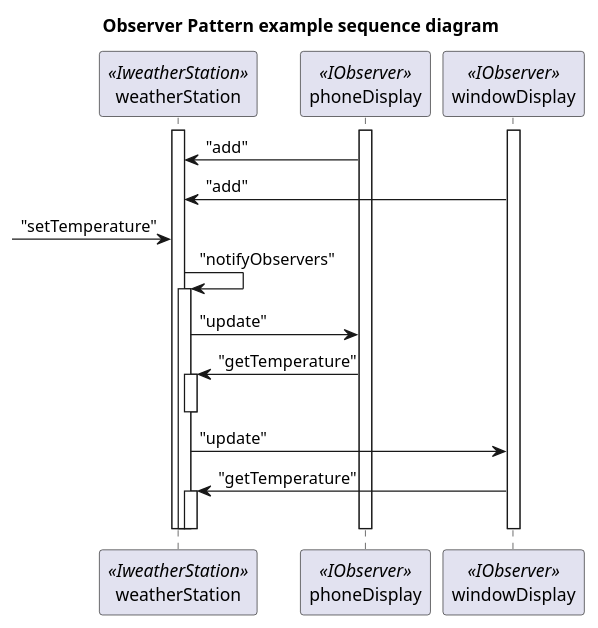
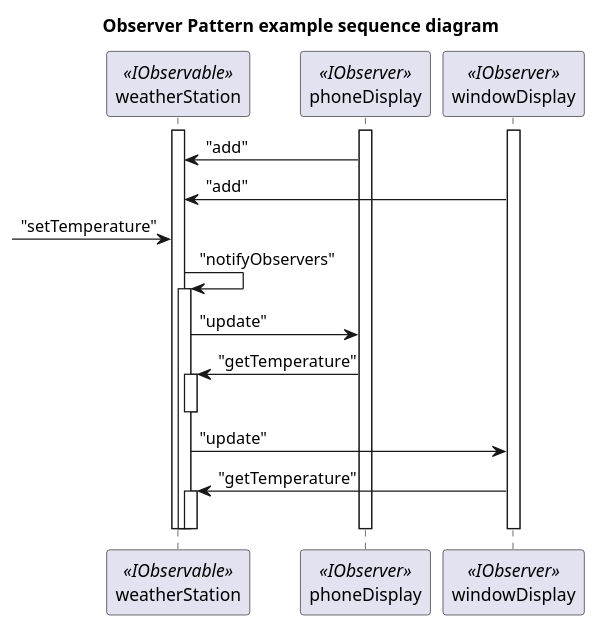
The diagram in observer/doc/example/sequence.puml (nsanitate/design-pattern), drawn with PlantUML before and after one commit.

Commit message:
docs(observer): fixed typo

```diff
--- a/observer/doc/example/sequence.puml
+++ b/observer/doc/example/sequence.puml
@@ -1,33 +1,33 @@
 @startuml Observer Pattern example sequence diagram
 title Observer Pattern example sequence diagram
-participant weatherStation <<IweatherStation>>
+participant weatherStation <<IObservable>>
 participant phoneDisplay <<IObserver>>
 participant windowDisplay <<IObserver>>
 
 activate weatherStation
 activate phoneDisplay
 activate windowDisplay
 
 phoneDisplay -> weatherStation : "add"
 windowDisplay -> weatherStation : "add"
 
 -> weatherStation : "setTemperature"
 weatherStation -> weatherStation : "notifyObservers"
 activate weatherStation
 
 weatherStation -> phoneDisplay : "update"
 phoneDisplay -> weatherStation : "getTemperature"
 activate weatherStation
 deactivate weatherStation
 
 weatherStation -> windowDisplay : "update"
 windowDisplay -> weatherStation : "getTemperature"
 activate weatherStation
 deactivate weatherStation
 
 deactivate weatherStation
 
 deactivate phoneDisplay
 deactivate windowDisplay
 deactivate weatherStation
 @enduml
```
